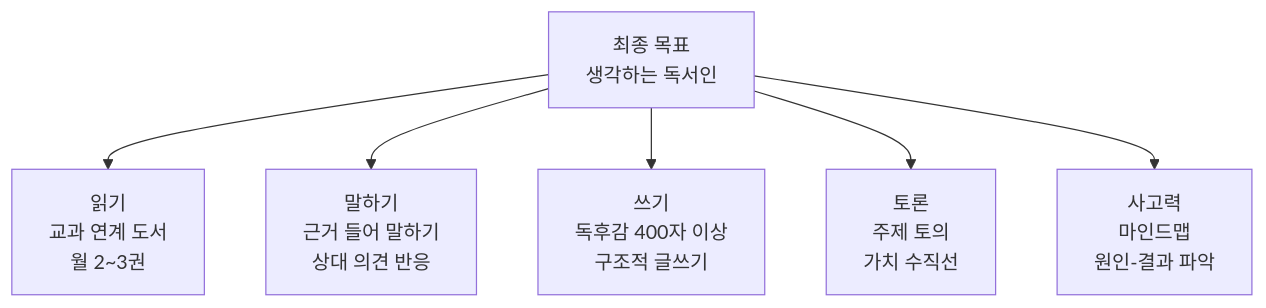
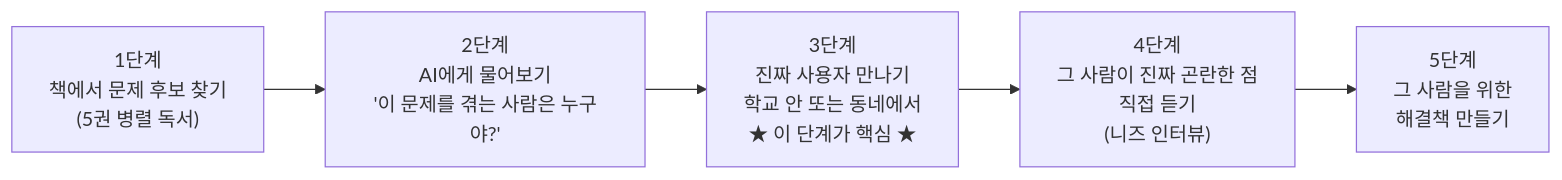
One commit to Collegenie-X/ReadingClueProject changed the second of 4 diagrams in 아이디어/독서토론_초등과정_실전운영_매뉴얼.md. Above: the diagram before and after it, drawn with Mermaid. The commit also changed other lines of this file and 7 other files, not shown here.

````diff
--- a/아이디어/독서토론_초등과정_실전운영_매뉴얼.md
+++ b/아이디어/독서토론_초등과정_실전운영_매뉴얼.md
@@ -137,8 +141,8 @@
 ```mermaid
-flowchart TD
-    A[최종 목표<br/>생각하는 독서인] --> B[읽기<br/>교과 연계 도서<br/>월 2~3권]
-    A --> C[말하기<br/>근거 들어 말하기<br/>상대 의견 반응]
-    A --> D[쓰기<br/>독후감 400자 이상<br/>구조적 글쓰기]
-    A --> E[토론<br/>주제 토의<br/>가치 수직선]
-    A --> F[사고력<br/>마인드맵<br/>원인-결과 파악]
+flowchart LR
+    A["1단계<br/>책에서 문제 후보 찾기<br/>(5권 병렬 독서)"]
+    --> B["2단계<br/>AI에게 물어보기<br/>'이 문제를 겪는 사람은 누구야?'"]
+    --> C["3단계<br/>진짜 사용자 만나기<br/>학교 안 또는 동네에서<br/>★ 이 단계가 핵심 ★"]
+    --> D["4단계<br/>그 사람이 진짜 곤란한 점<br/>직접 듣기<br/>(니즈 인터뷰)"]
+    --> E["5단계<br/>그 사람을 위한<br/>해결책 만들기"]
 ```
````
